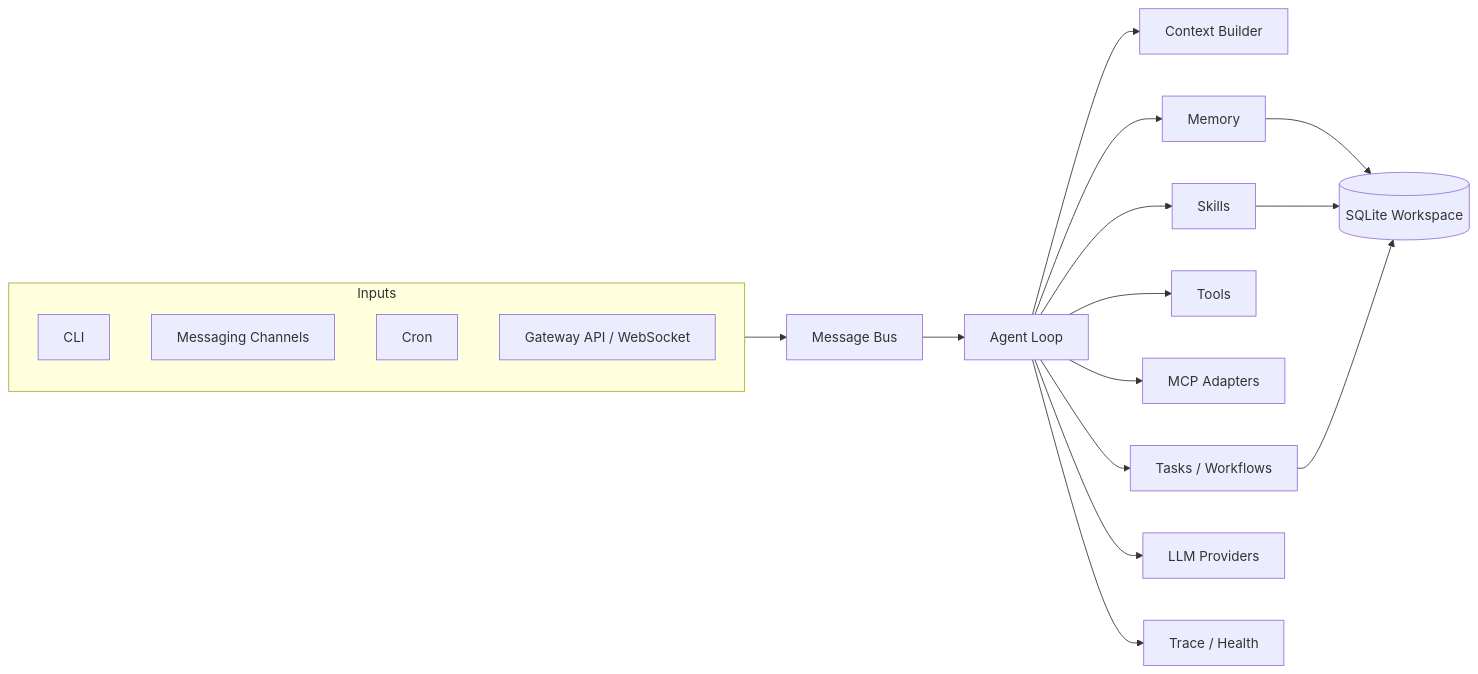
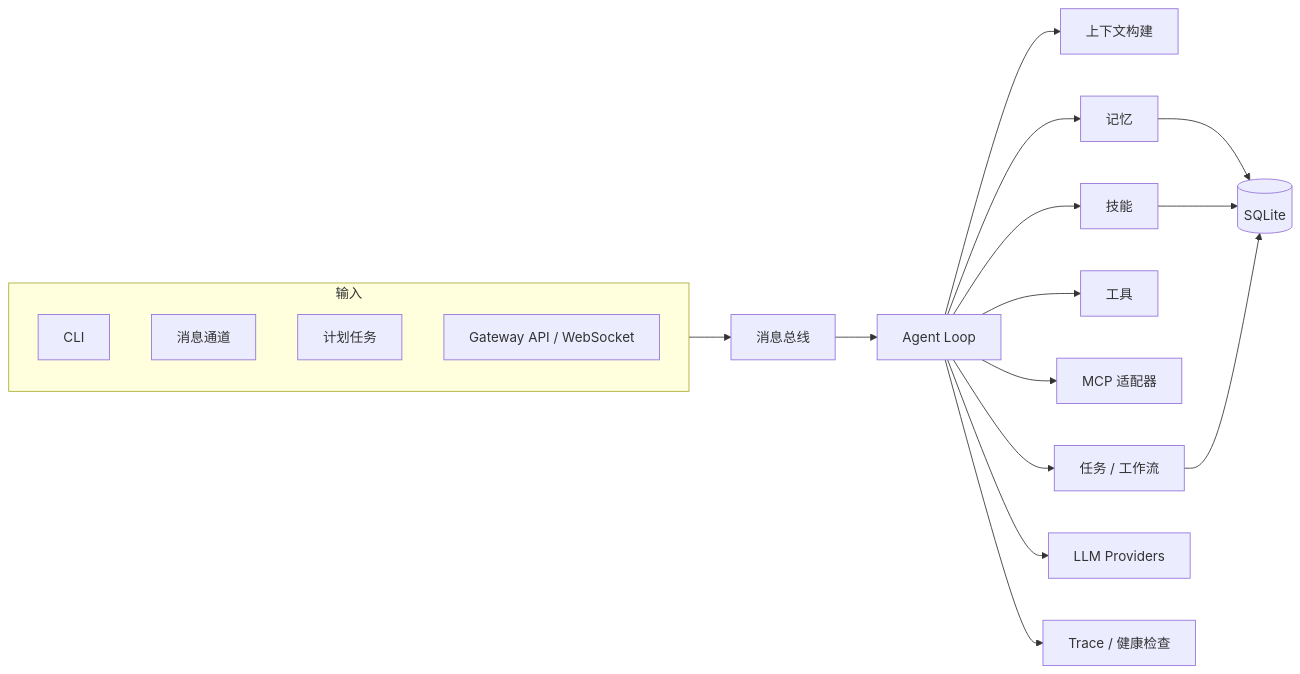
The diagram in README.md (fuyuxiang/echo-agent), drawn with Mermaid before and after one commit. The commit also changed other lines of this file and 2 other files, not shown here.

````diff
--- a/README.md
+++ b/README.md
@@ -349,25 +195,25 @@
 ```mermaid
 flowchart LR
-    subgraph Inputs[Inputs]
+    subgraph 输入
       CLI[CLI]
-      Channels[Messaging Channels]
-      Cron[Cron]
+      Channels[消息通道]
+      Cron[计划任务]
       API[Gateway API / WebSocket]
     end
 
-    Inputs --> Bus[Message Bus]
+    输入 --> Bus[消息总线]
     Bus --> Agent[Agent Loop]
 
-    Agent --> Context[Context Builder]
-    Agent --> Memory[Memory]
-    Agent --> Skills[Skills]
-    Agent --> Tools[Tools]
-    Agent --> MCP[MCP Adapters]
-    Agent --> Tasks[Tasks / Workflows]
+    Agent --> Context[上下文构建]
+    Agent --> Memory[记忆]
+    Agent --> Skills[技能]
+    Agent --> Tools[工具]
+    Agent --> MCP[MCP 适配器]
+    Agent --> Tasks[任务 / 工作流]
     Agent --> Providers[LLM Providers]
 
-    Memory --> Storage[(SQLite Workspace)]
+    Memory --> Storage[(SQLite)]
     Skills --> Storage
     Tasks --> Storage
-    Agent --> Observability[Trace / Health]
+    Agent --> Observability[Trace / 健康检查]
 ```
````
